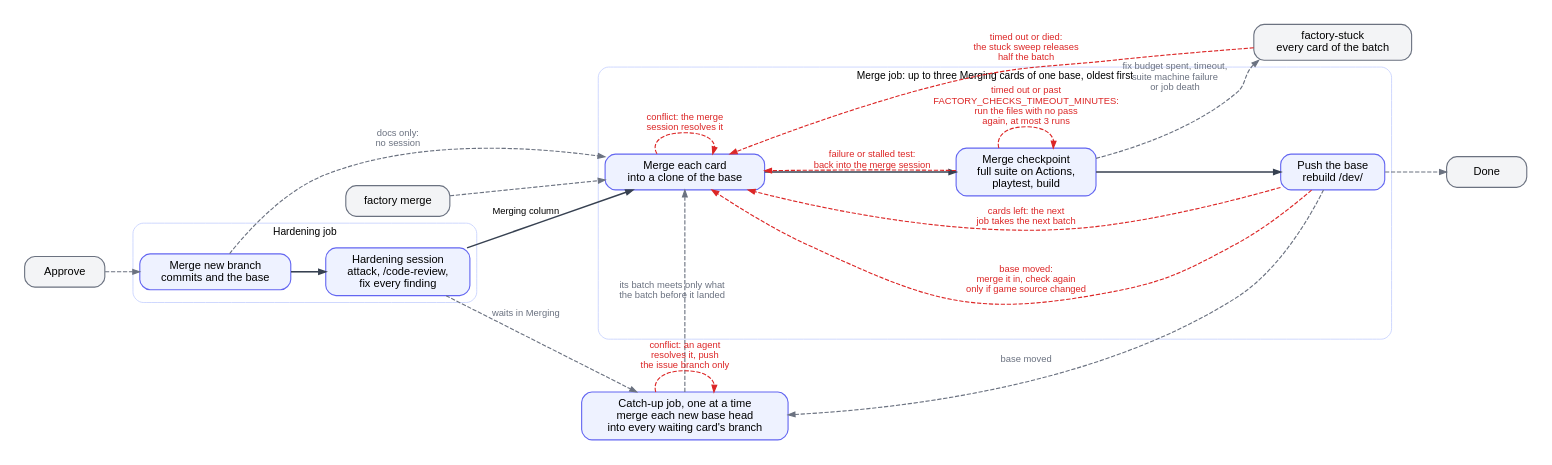
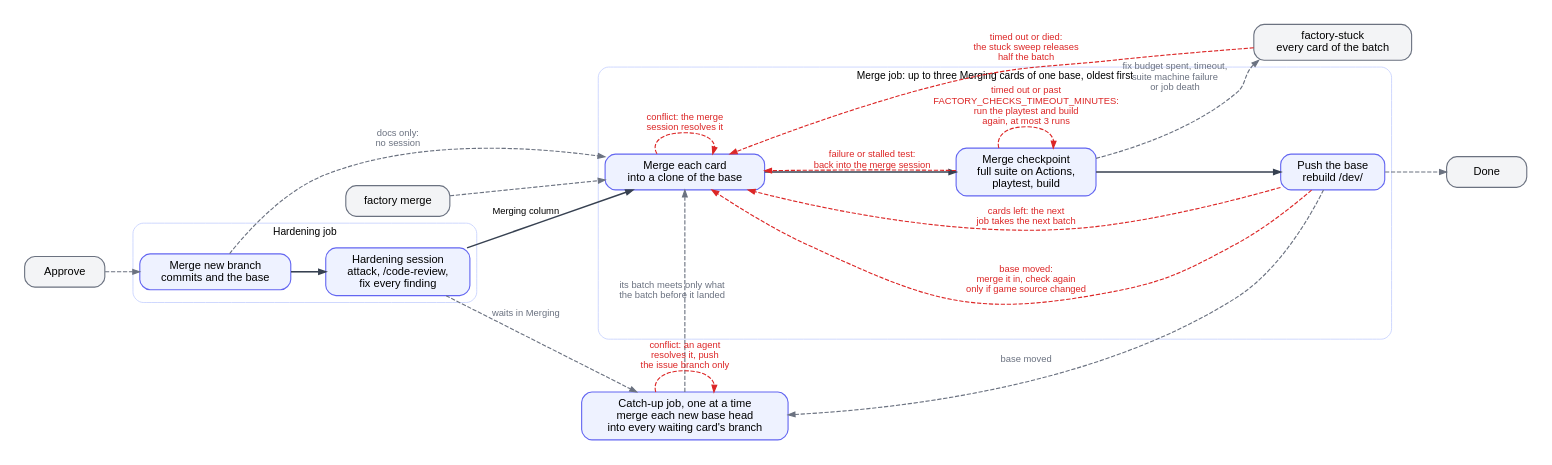
One commit to ROAM-game-org/road-machiners changed the diagram in factory/docs/diagrams/hardening.dot. Above: the diagram before and after it, drawn with Graphviz. The commit also changed 5 other files, not shown here.

First line of the commit message:
Merge checks send an uncommitted fix back to the session before the suite runs

```diff
--- a/factory/docs/diagrams/hardening.dot
+++ b/factory/docs/diagrams/hardening.dot
@@ -1,40 +1,40 @@
 // Hardening and Merging columns. One hardening session reviews and fixes an approved card. The merge queue checks up to three waiting cards of a base merged together before the base takes them, and the next job takes the rest. Each time a base moves, a catch-up job merges it into the branches of the waiting cards.
 // Red: loops back. Grey: leaves the column or enters from outside.
 digraph hardening {
   rankdir=LR; nodesep=0.35; ranksep=0.55; bgcolor=white; pad=0.3;
   node [shape=box, style="rounded,filled", fillcolor="#eef2ff", color="#6366f1", fontname="Helvetica", fontsize=13, margin="0.2,0.1", penwidth=1.3, width=1.3];
   edge [color="#374151", penwidth=1.8, arrowsize=0.8, fontname="Helvetica", fontsize=11];
   subgraph cluster_harden {
     label="Hardening job"; fontname="Helvetica"; fontsize=12; color="#c7d2fe"; style=rounded;
     HM [label="Merge new branch\ncommits and the base"]; HH [label="Hardening session\nattack, /code-review,\nfix every finding"];
     HM -> HH [weight=100];
   }
   subgraph cluster_merge {
     label="Merge job: up to three Merging cards of one base, oldest first"; fontname="Helvetica"; fontsize=12; color="#c7d2fe"; style=rounded;
     MM [label="Merge each card\ninto a clone of the base"]; MC [label="Merge checkpoint\nfull suite on Actions,\nplaytest, build"]; MP [label="Push the base\nrebuild /dev/"];
     MM -> MC -> MP [weight=100];
   }
   HH -> MM [label="Merging column"];
   CU [label="Catch-up job, one at a time\nmerge each new base head\ninto every waiting card's branch"];
   XA [label="Approve", fillcolor="#f3f4f6", color="#6b7280"];
   XO [label="factory merge", fillcolor="#f3f4f6", color="#6b7280"];
   XS [label="factory-stuck\nevery card of the batch", fillcolor="#f3f4f6", color="#6b7280"];
   XN [label="Done", fillcolor="#f3f4f6", color="#6b7280"];
   edge [color="#dc2626", fontcolor="#dc2626", style=dashed, penwidth=1.3];
   MM -> MM [label="conflict: the merge\nsession resolves it"];
   MC -> MM [label="failure or stalled test:\nback into the merge session"];
-  MC -> MC [label="timed out or past\nFACTORY_CHECKS_TIMEOUT_MINUTES:\nrun the files with no pass\nagain, at most 3 runs"];
+  MC -> MC [label="timed out or past\nFACTORY_CHECKS_TIMEOUT_MINUTES:\nrun the playtest and build\nagain, at most 3 runs"];
   MP -> MM [label="base moved:\nmerge it in, check again\nonly if game source changed"];
   XS -> MM [label="timed out or died:\nthe stuck sweep releases\nhalf the batch"];
   MP -> MM [label="cards left: the next\njob takes the next batch"];
   CU -> CU [label="conflict: an agent\nresolves it, push\nthe issue branch only"];
   edge [color="#6b7280", fontcolor="#6b7280"];
   XA -> HM;
   HM -> MM [label="docs only:\nno session"];
   XO -> MM;
   MC -> XS [label="fix budget spent, timeout,\nsuite machine failure\nor job death"];
   MP -> XN;
   HH -> CU [label="waits in Merging"];
   MP -> CU [label="base moved"];
   CU -> MM [label="its batch meets only what\nthe batch before it landed"];
 }
```
